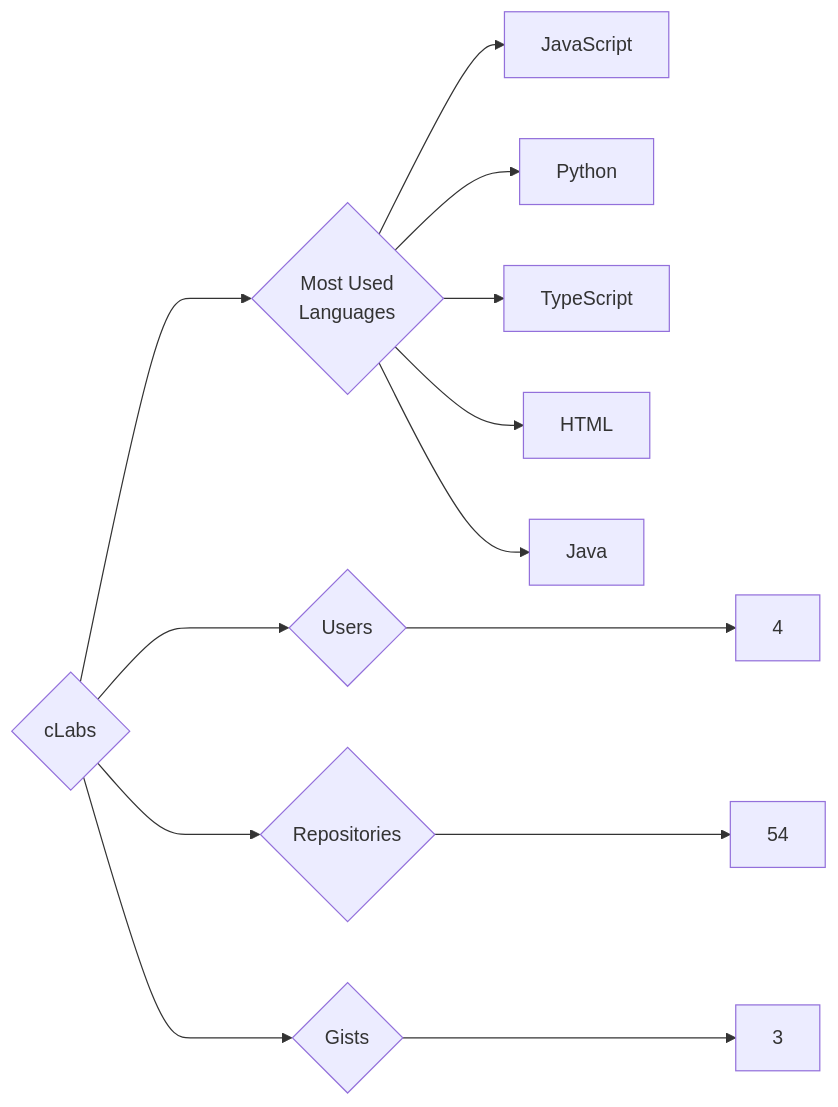
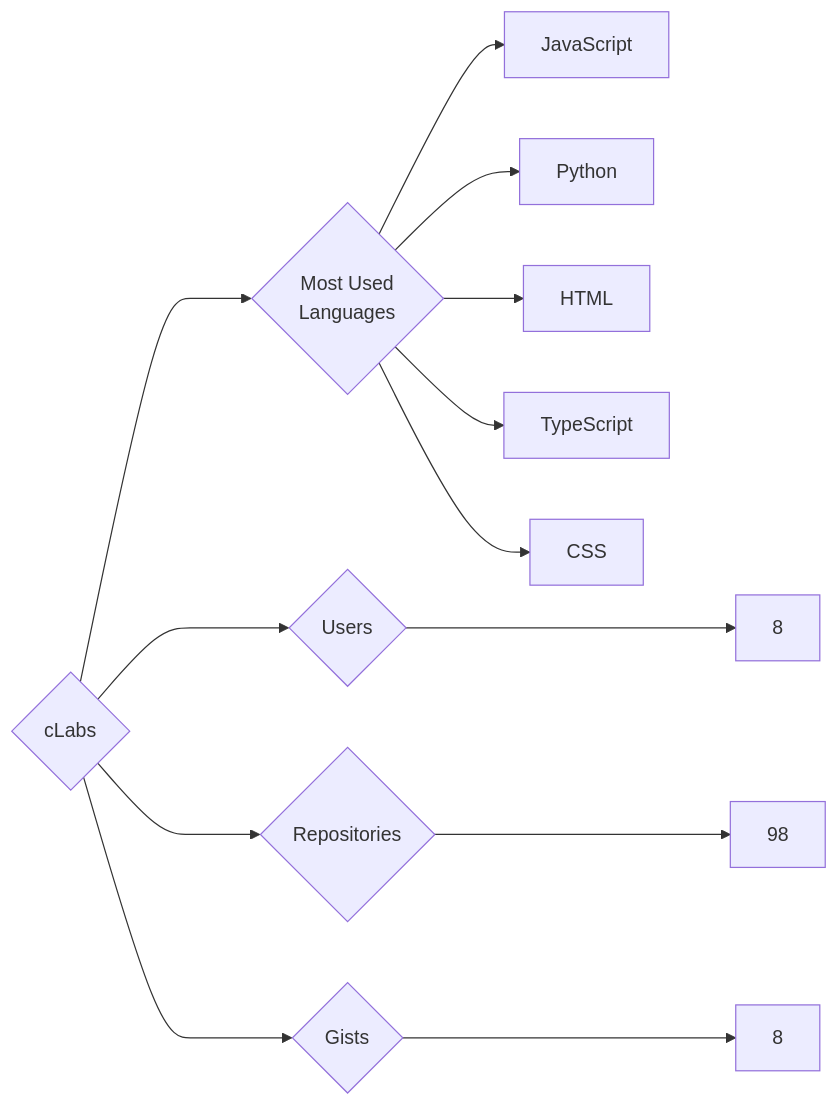
One commit to trickest/insiders changed the diagram in targets/cLabs/README.md. Above: the diagram before and after it, drawn with Mermaid. The commit also changed 1092 other files, not shown here.

````diff
--- a/targets/cLabs/README.md
+++ b/targets/cLabs/README.md
@@ -3,13 +3,13 @@
 ```mermaid
 graph LR
 COMPANY_NAME{cLabs}
-COMPANY_NAME ---> U{Users} ---> UN[4]
-COMPANY_NAME ---> R{Repositories} ---> RN[54]
-COMPANY_NAME ---> G{Gists} ---> GN[3]
+COMPANY_NAME ---> U{Users} ---> UN[8]
+COMPANY_NAME ---> R{Repositories} ---> RN[98]
+COMPANY_NAME ---> G{Gists} ---> GN[8]
 COMPANY_NAME ---> ML{Most Used<br>Languages}
 ML --> JavaScript[JavaScript]
 ML --> Python[Python]
+ML --> HTML[HTML]
 ML --> TypeScript[TypeScript]
-ML --> HTML[HTML]
-ML --> Java[Java]
+ML --> CSS[CSS]
 ```
````
